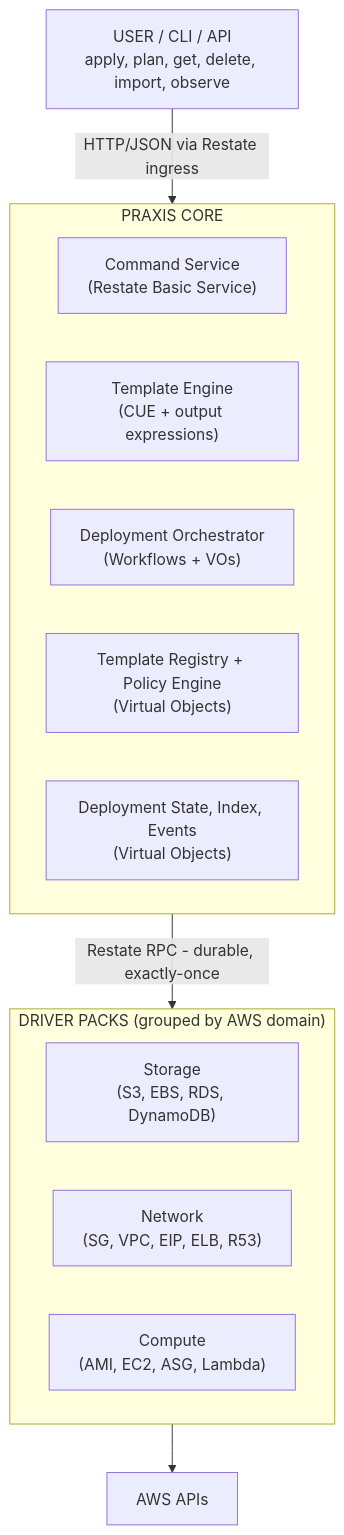
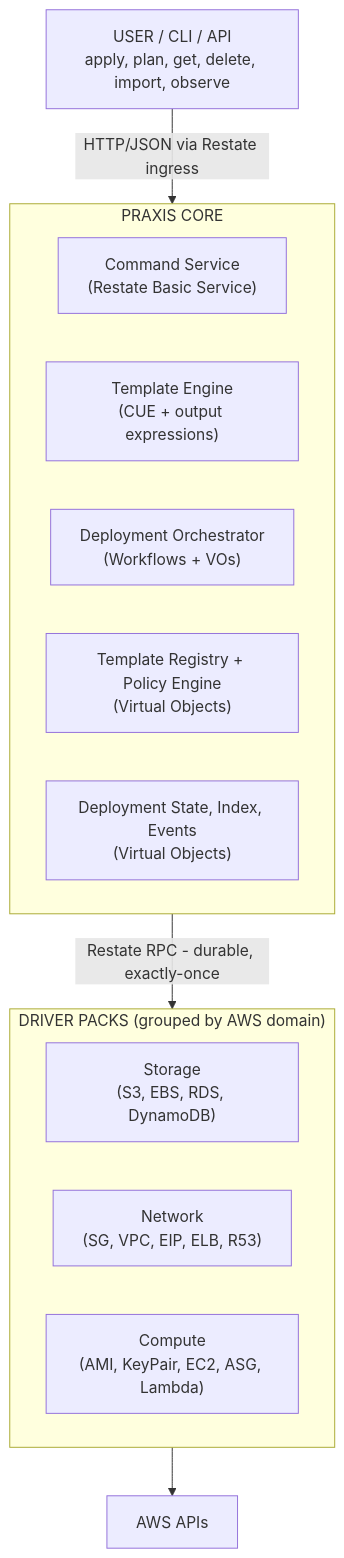
One commit to shirvan/praxis changed the first of 5 diagrams in docs/ARCHITECTURE.md. Above: the diagram before and after it, drawn with Mermaid. The commit also changed other lines of this file and 21 other files, not shown here.

First line of the commit message:
feat: Implement AWS Key Pair management driver

````diff
--- a/docs/ARCHITECTURE.md
+++ b/docs/ARCHITECTURE.md
@@ -17,24 +17,24 @@
 ```mermaid
 graph TD
     User["USER / CLI / API<br/>apply, plan, get, delete, import, observe"]
 
     User -->|"HTTP/JSON via Restate ingress"| Core
 
     subgraph Core["PRAXIS CORE"]
         CS["Command Service<br/>(Restate Basic Service)"]
         TE["Template Engine<br/>(CUE + output expressions)"]
         DO["Deployment Orchestrator<br/>(Workflows + VOs)"]
         TR["Template Registry + Policy Engine<br/>(Virtual Objects)"]
         DS["Deployment State, Index, Events<br/>(Virtual Objects)"]
     end
 
     Core -->|"Restate RPC - durable, exactly-once"| Drivers
 
     subgraph Drivers["DRIVER PACKS (grouped by AWS domain)"]
         Storage["Storage<br/>(S3, EBS, RDS, DynamoDB)"]
         Network["Network<br/>(SG, VPC, EIP, ELB, R53)"]
-        Compute["Compute<br/>(AMI, EC2, ASG, Lambda)"]
+        Compute["Compute<br/>(AMI, KeyPair, EC2, ASG, Lambda)"]
     end
 
     Drivers --> AWS["AWS APIs"]
 ```
````
